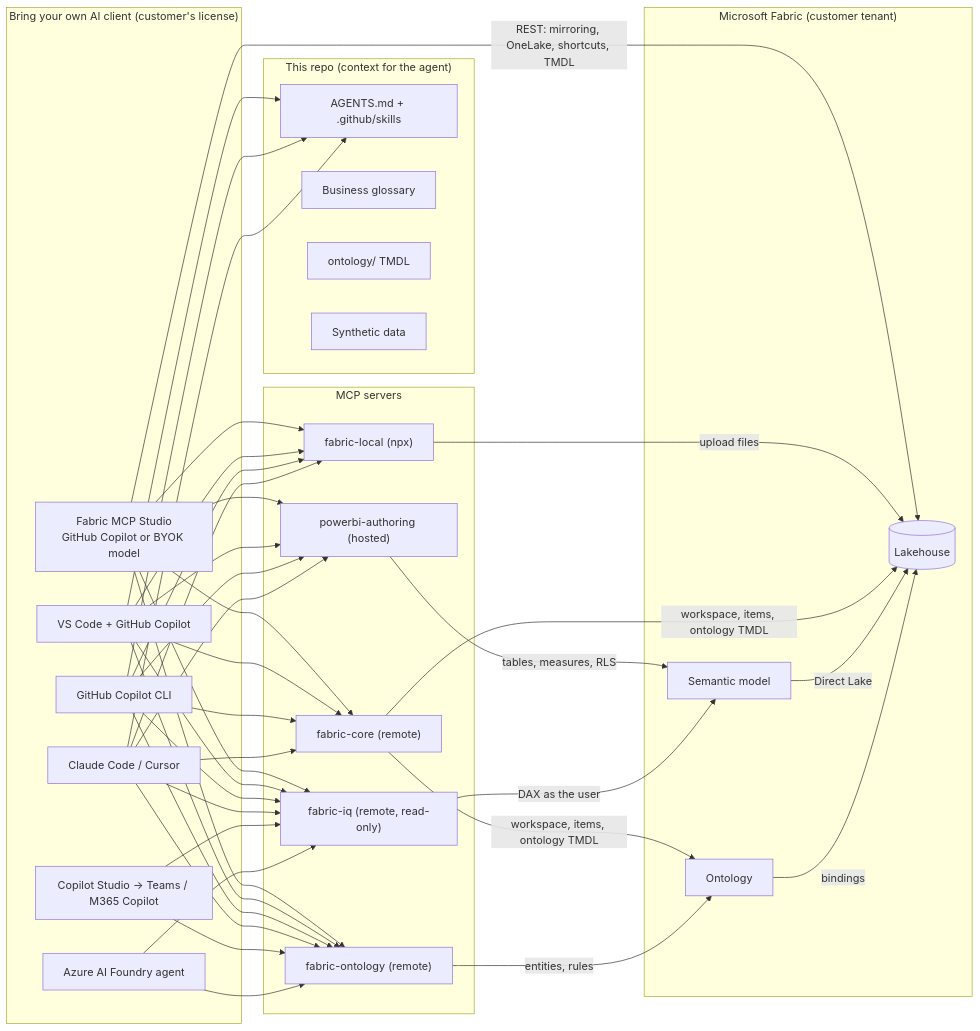
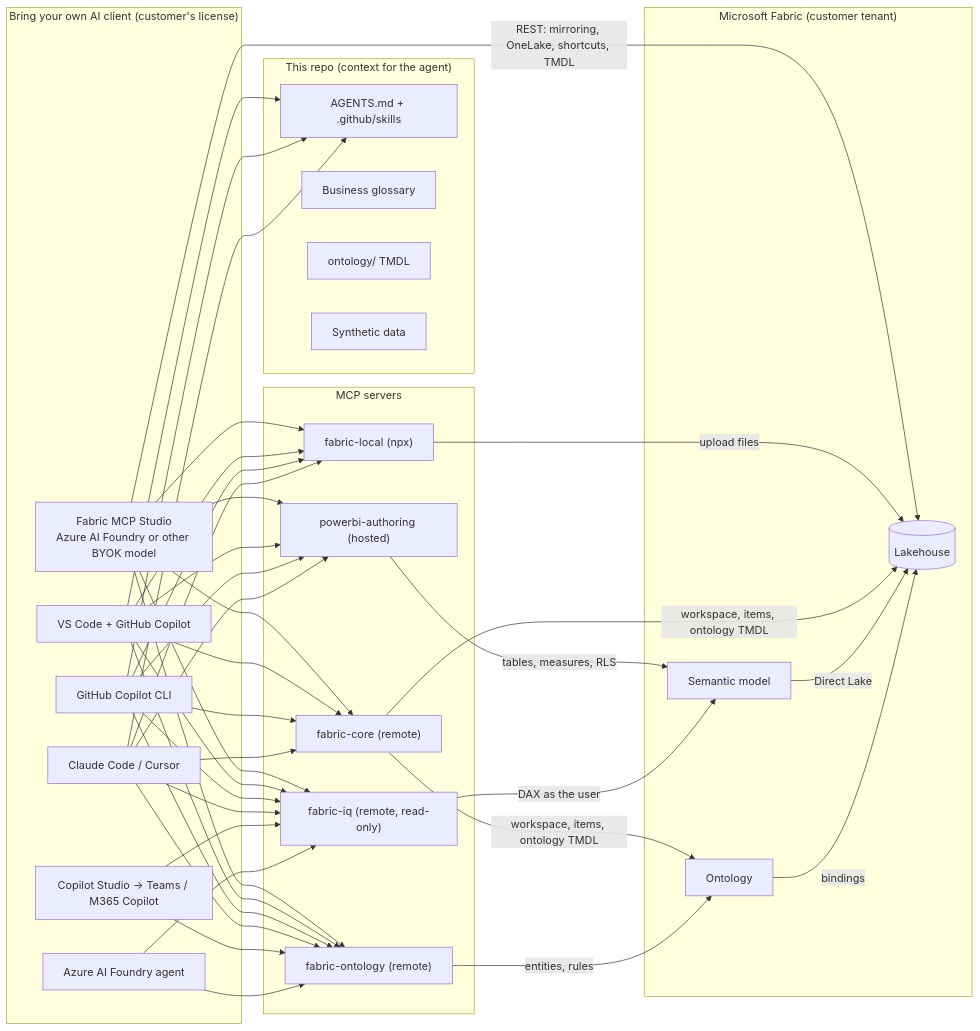
The diagram in docs/architecture.md (LuchoBorbon76/Fabric-MCP-Studio), drawn with Mermaid before and after one commit. The commit also changed other lines of this file and 30 other files, not shown here.

````diff
--- a/docs/architecture.md
+++ b/docs/architecture.md
@@ -3,46 +3,46 @@
 ```mermaid
 flowchart LR
     subgraph Clients["Bring your own AI client (customer's license)"]
-        ST["Fabric MCP Studio<br/>GitHub Copilot or BYOK model"]
+        ST["Fabric MCP Studio<br/>Azure AI Foundry or other BYOK model"]
         VS["VS Code + GitHub Copilot"]
         CLI["GitHub Copilot CLI"]
         CC["Claude Code / Cursor"]
         CS["Copilot Studio → Teams / M365 Copilot"]
         AF["Azure AI Foundry agent"]
     end
 
     subgraph Repo["This repo (context for the agent)"]
         AG["AGENTS.md + .github/skills"]
         GL["Business glossary"]
         ONT["ontology/ TMDL"]
         DATA["Synthetic data"]
     end
 
     subgraph MCP["MCP servers"]
         CORE["fabric-core (remote)"]
         LOCAL["fabric-local (npx)"]
         PBI["powerbi-authoring (hosted)"]
         IQ["fabric-iq (remote, read-only)"]
         ONTO["fabric-ontology (remote)"]
     end
 
     subgraph Fabric["Microsoft Fabric (customer tenant)"]
         LH[("Lakehouse")]
         SM["Semantic model"]
         OI["Ontology"]
     end
 
     ST --> CORE & PBI & IQ & ONTO & LOCAL
     ST -- "REST: mirroring, OneLake, shortcuts, TMDL" --> LH
     VS & CLI & CC --> AG
     VS & CLI & CC --> CORE & LOCAL & PBI & IQ & ONTO
     CS & AF --> IQ & ONTO
 
     LOCAL -- "upload files" --> LH
     CORE -- "workspace, items, ontology TMDL" --> LH & OI
     PBI -- "tables, measures, RLS" --> SM
     IQ -- "DAX as the user" --> SM
     ONTO -- "entities, rules" --> OI
     SM -- "Direct Lake" --> LH
     OI -- "bindings" --> LH
 ```
````
